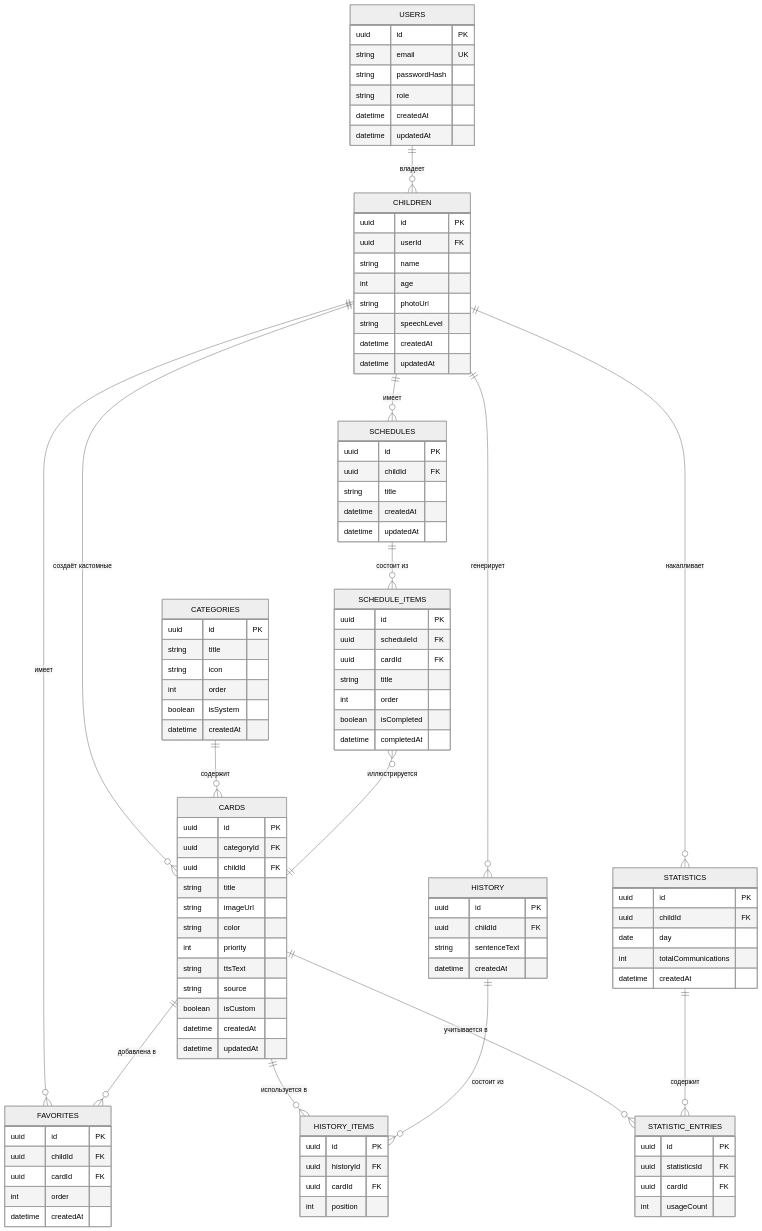
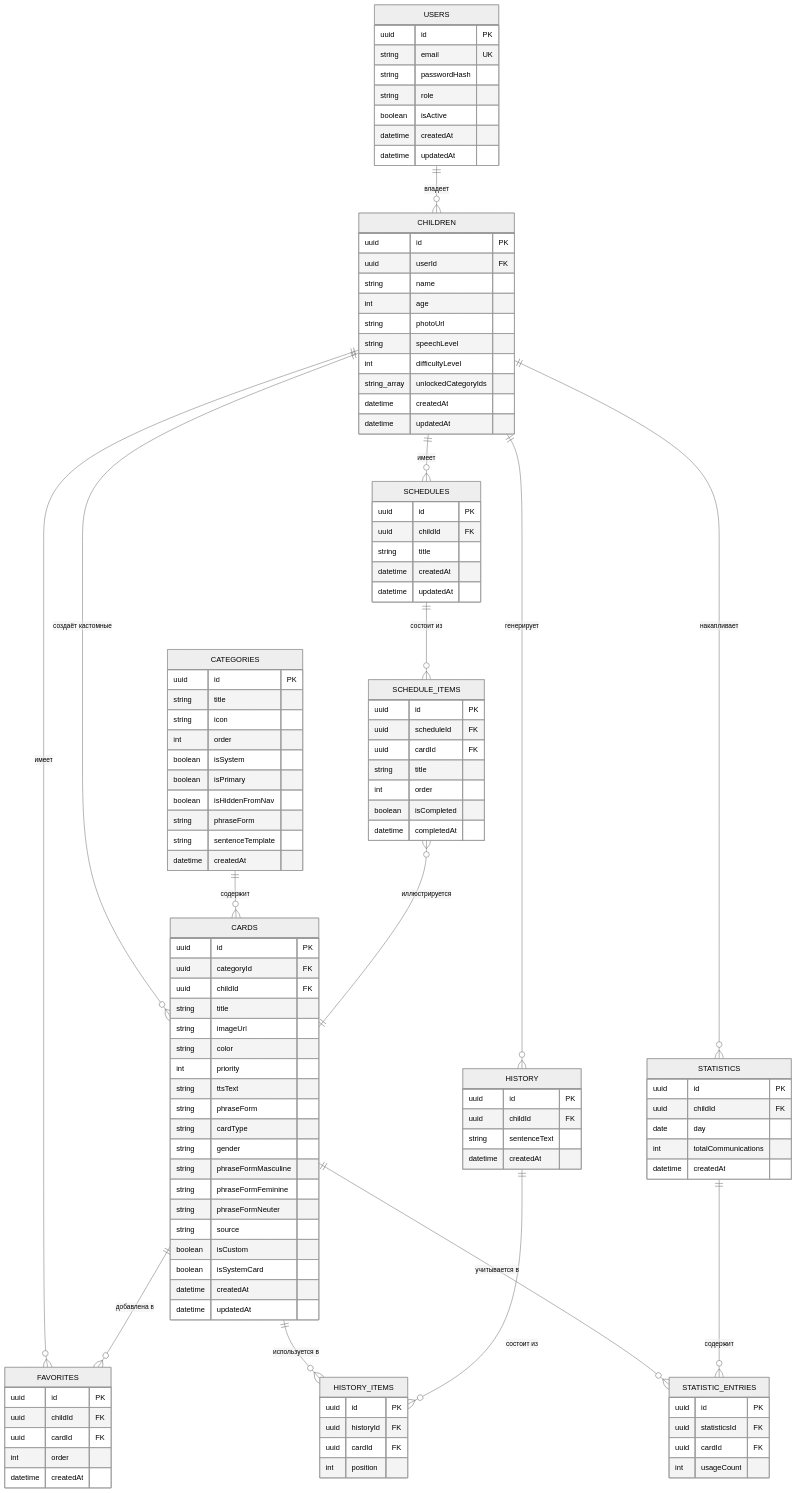
One commit to uniblp1-collab/autism changed the diagram in DATABASE.md. Above: the diagram before and after it, drawn with Mermaid (neutral theme). The commit also changed other lines of this file and 100 other files, not shown here.

First line of the commit message:
feat: verb-based sentence mechanics with difficulty levels + admin panel

```diff
--- a/DATABASE.md
+++ b/DATABASE.md
@@ -32,6 +32,7 @@
         string email UK
         string passwordHash
         string role
+        boolean isActive
         datetime createdAt
         datetime updatedAt
     }
@@ -43,6 +44,8 @@
         int age
         string photoUrl
         string speechLevel
+        int difficultyLevel
+        string_array unlockedCategoryIds
         datetime createdAt
         datetime updatedAt
     }
@@ -53,6 +56,10 @@
         string icon
         int order
         boolean isSystem
+        boolean isPrimary
+        boolean isHiddenFromNav
+        string phraseForm
+        string sentenceTemplate
         datetime createdAt
     }
 
@@ -65,8 +72,15 @@
         string color
         int priority
         string ttsText
+        string phraseForm
+        string cardType
+        string gender
+        string phraseFormMasculine
+        string phraseFormFeminine
+        string phraseFormNeuter
         string source
         boolean isCustom
+        boolean isSystemCard
         datetime createdAt
         datetime updatedAt
     }
```
